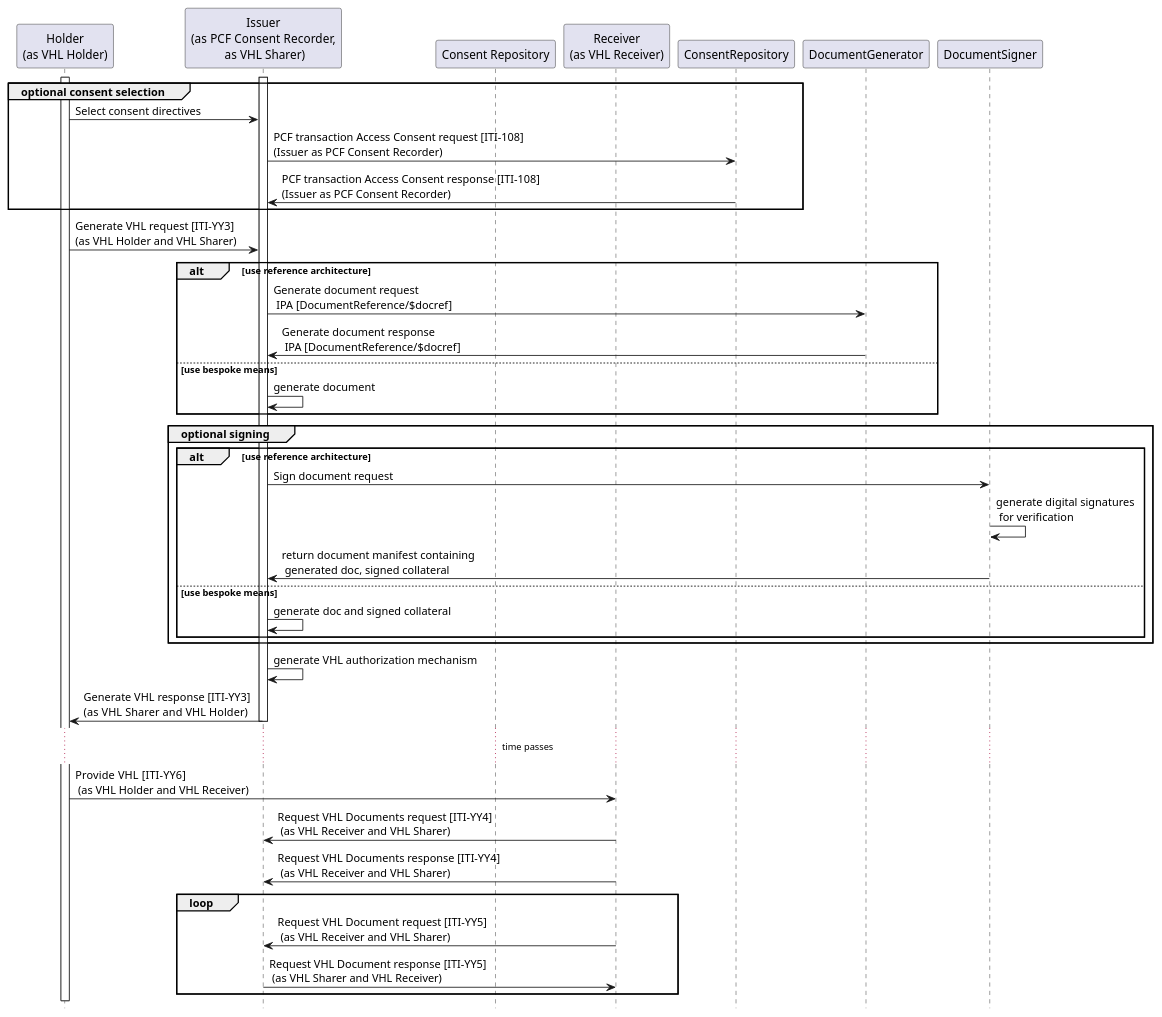
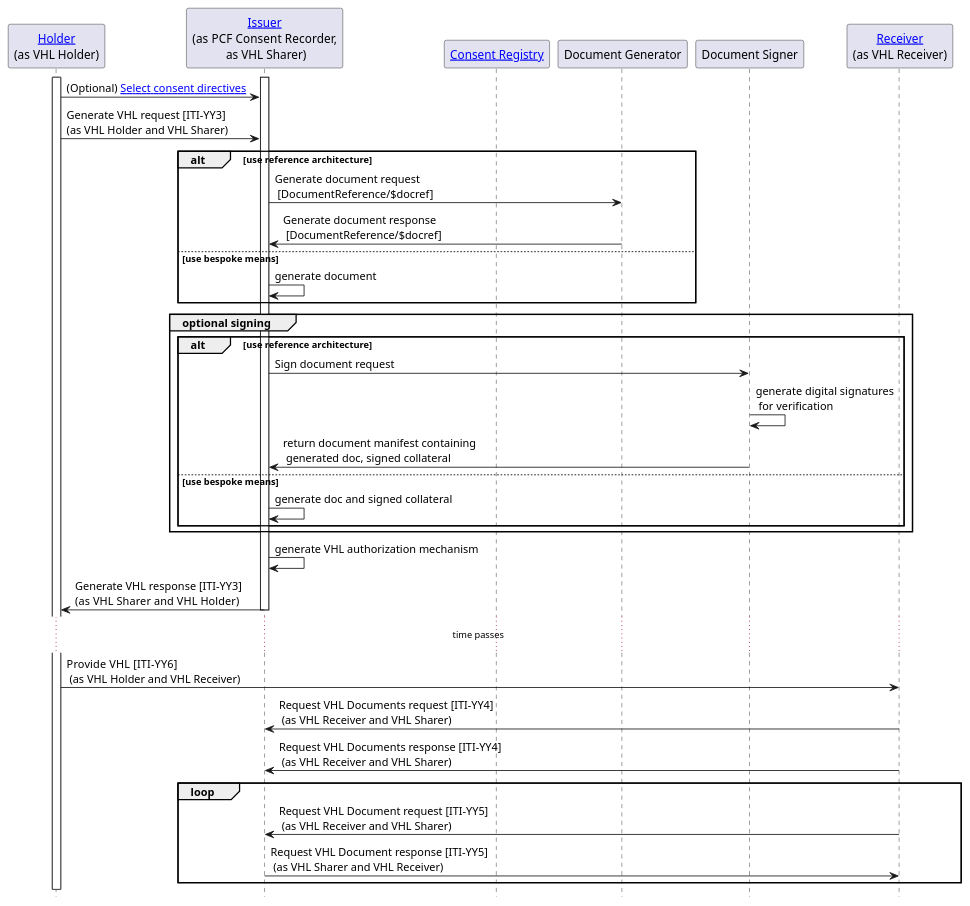
The diagram in input/images-source/generate-use-vhl-with-consent.plantuml (litlfred/smart-trust-phw), drawn with PlantUML before and after one commit. The commit also changed 1 other file, not shown here.

Commit message:
Added diagram. remove duplicate actors

```diff
--- a/input/images-source/generate-use-vhl-with-consent.plantuml
+++ b/input/images-source/generate-use-vhl-with-consent.plantuml
@@ -1,54 +1,52 @@
 @startuml
 skinparam svgDimensionStyle false
 hide footbox
-participant "Holder\n(as VHL Holder)" as Holder
-participant "Issuer\n(as PCF Consent Recorder,\n as VHL Sharer)" as Issuer
-participant "Consent Repository" as PCFConsentRepository
-participant "Receiver\n(as VHL Receiver)" as Receiver
+
+participant "[[system-actors.html#Holder Holder]]\n(as VHL Holder)" as Holder
+participant "[[system-actors.html#Issuer Issuer]]\n(as PCF Consent Recorder,\n as VHL Sharer)" as Issuer
+participant "[[system-actors.html#ConsentRegistry Consent Registry]]" as PCFConsentRegistry
+participant "Document Generator" as DocumentGenerator
+participant "Document Signer" as DocumentSigner
+participant "[[system-actors.html#Receiver Receiver]]\n(as VHL Receiver)" as Receiver
+
+
 
 activate Holder
 activate Issuer
 
 
-group optional consent selection
-  Holder -> Issuer : Select consent directives			
-  Issuer -> ConsentRepository: PCF transaction Access Consent request [ITI-108]\n(Issuer as PCF Consent Recorder)
-  ConsentRepository -> Issuer: PCF transaction Access Consent response [ITI-108]\n(Issuer as PCF Consent Recorder)			
-end group
-
-
+Holder -> Issuer : (Optional) [[#consent-selection Select consent directives]]			
 		
 Holder -> Issuer : Generate VHL request [ITI-YY3] \n(as VHL Holder and VHL Sharer)				
 alt use reference architecture
-  Issuer -> DocumentGenerator: Generate document request\n IPA [DocumentReference/$docref]
-  DocumentGenerator -> Issuer: Generate document response\n IPA [DocumentReference/$docref]
-
+  Issuer -> DocumentGenerator: Generate document request\n [DocumentReference/$docref]
+  DocumentGenerator -> Issuer: Generate document response\n [DocumentReference/$docref]
 else use bespoke means
   Issuer -> Issuer : generate document
 end
 
 group optional signing
   alt use reference architecture			
     Issuer -> DocumentSigner: Sign document request
     DocumentSigner -> DocumentSigner: generate digital signatures\n for verification 
     DocumentSigner -> Issuer: return document manifest containing\n generated doc, signed collateral
   else use bespoke means
     Issuer -> Issuer: generate doc and signed collateral
   end					
 end 
 					
 Issuer -> Issuer : generate VHL authorization mechanism		
 		
 Issuer -> Holder : Generate VHL response [ITI-YY3] \n(as  VHL Sharer and VHL Holder)
 deactivate Issuer
 ... time passes ...				
 
 Holder -> Receiver : Provide VHL  [ITI-YY6]\n (as VHL Holder and VHL Receiver)
 Receiver -> Issuer : Request VHL Documents request [ITI-YY4]\n (as VHL Receiver and VHL Sharer)
 Receiver -> Issuer : Request VHL Documents response [ITI-YY4]\n (as VHL Receiver and VHL Sharer)
 loop
  Receiver -> Issuer : Request VHL Document request [ITI-YY5]\n (as VHL Receiver and VHL Sharer)
  Issuer -> Receiver : Request VHL Document response [ITI-YY5]\n (as VHL Sharer and VHL Receiver)
 end loop
 
 @enduml
```
